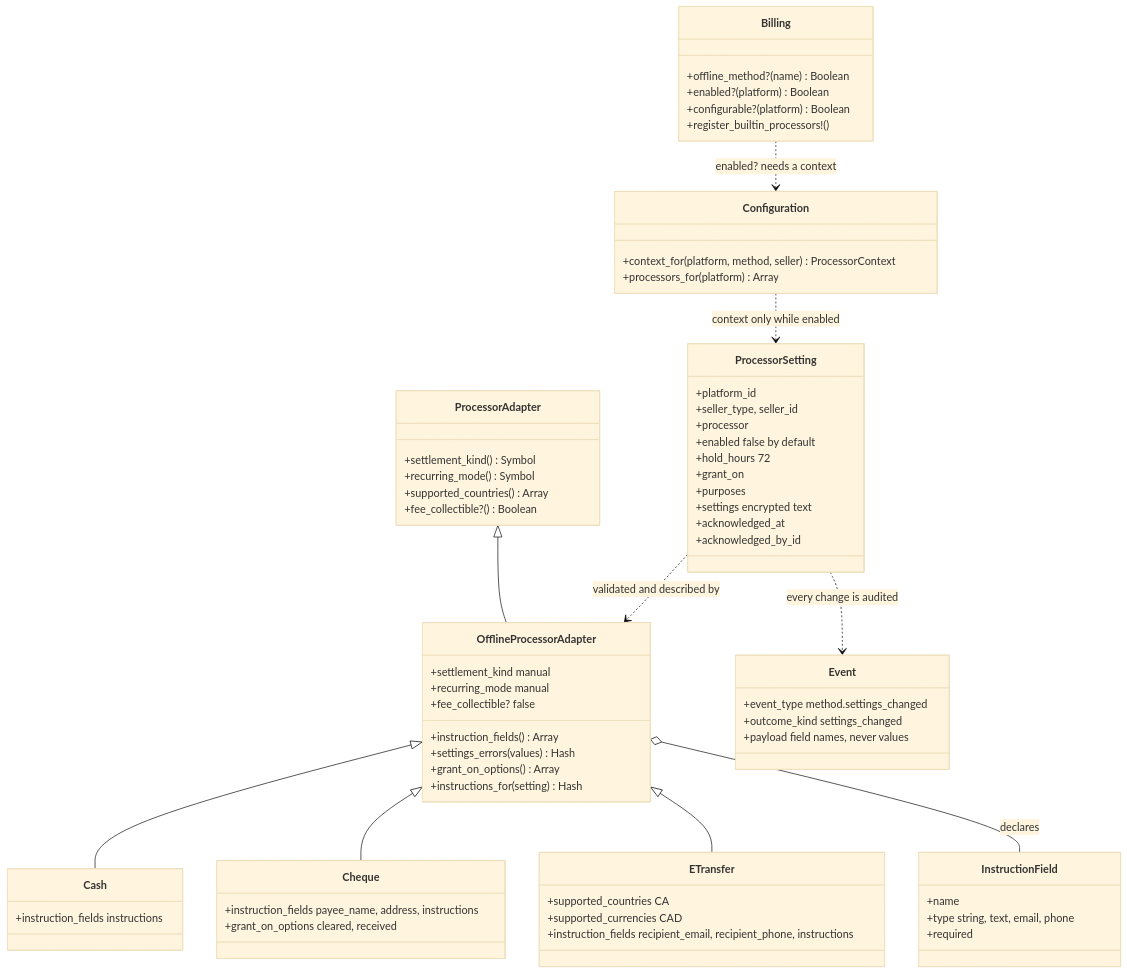
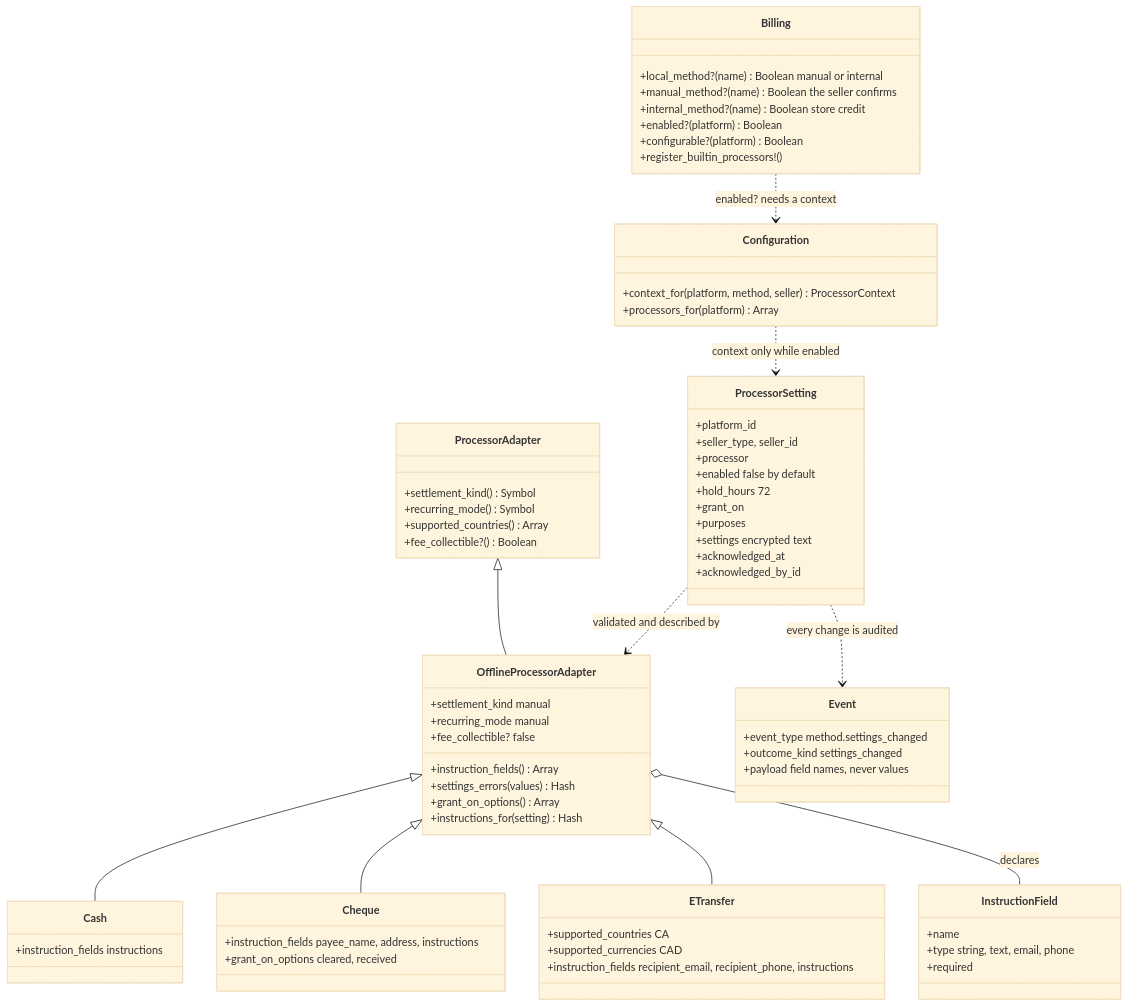
The diagram in docs/diagrams/source/billing_payment_methods_model.mmd (better-together-org/community-engine-rails), drawn with Mermaid (base theme) before and after one commit. The commit also changed 74 other files, not shown here.

First line of the commit message:
Add store credit ledger and split local payment method kinds

```diff
--- a/docs/diagrams/source/billing_payment_methods_model.mmd
+++ b/docs/diagrams/source/billing_payment_methods_model.mmd
@@ -1,72 +1,74 @@
 %% Billing — payment methods outside a vendor. The adapters only describe a method; core owns
 %% what happens to a payment (see billing_offline_payment_state_machine.mmd). A method is
 %% installed for everyone and works for a seller only while an enabled ProcessorSetting exists.
 classDiagram
   class ProcessorAdapter {
     +settlement_kind() Symbol
     +recurring_mode() Symbol
     +supported_countries() Array
     +fee_collectible?() Boolean
   }
   class OfflineProcessorAdapter {
     +settlement_kind manual
     +recurring_mode manual
     +fee_collectible? false
     +instruction_fields() Array
     +settings_errors(values) Hash
     +grant_on_options() Array
     +instructions_for(setting) Hash
   }
   class Cash {
     +instruction_fields instructions
   }
   class Cheque {
     +instruction_fields payee_name, address, instructions
     +grant_on_options cleared, received
   }
   class ETransfer {
     +supported_countries CA
     +supported_currencies CAD
     +instruction_fields recipient_email, recipient_phone, instructions
   }
   class InstructionField {
     +name
     +type string, text, email, phone
     +required
   }
   class ProcessorSetting {
     +platform_id
     +seller_type, seller_id
     +processor
     +enabled false by default
     +hold_hours 72
     +grant_on
     +purposes
     +settings encrypted text
     +acknowledged_at
     +acknowledged_by_id
   }
   class Configuration {
     +context_for(platform, method, seller) ProcessorContext
     +processors_for(platform) Array
   }
   class Billing {
-    +offline_method?(name) Boolean
+    +local_method?(name) Boolean  manual or internal
+    +manual_method?(name) Boolean  the seller confirms
+    +internal_method?(name) Boolean  store credit
     +enabled?(platform) Boolean
     +configurable?(platform) Boolean
     +register_builtin_processors!()
   }
   class Event {
     +event_type method.settings_changed
     +outcome_kind settings_changed
     +payload field names, never values
   }
   ProcessorAdapter <|-- OfflineProcessorAdapter
   OfflineProcessorAdapter <|-- Cash
   OfflineProcessorAdapter <|-- Cheque
   OfflineProcessorAdapter <|-- ETransfer
   OfflineProcessorAdapter o-- InstructionField : declares
   ProcessorSetting ..> OfflineProcessorAdapter : validated and described by
   Configuration ..> ProcessorSetting : context only while enabled
   Billing ..> Configuration : enabled? needs a context
   ProcessorSetting ..> Event : every change is audited
```
